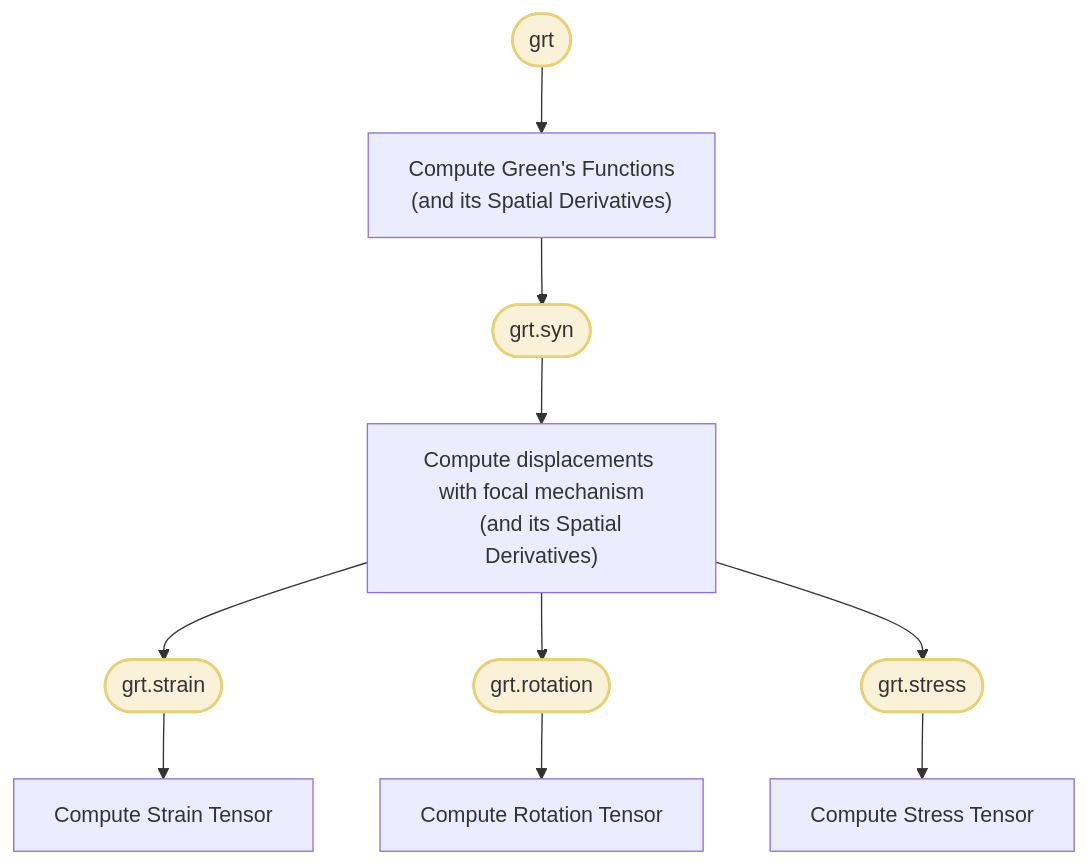
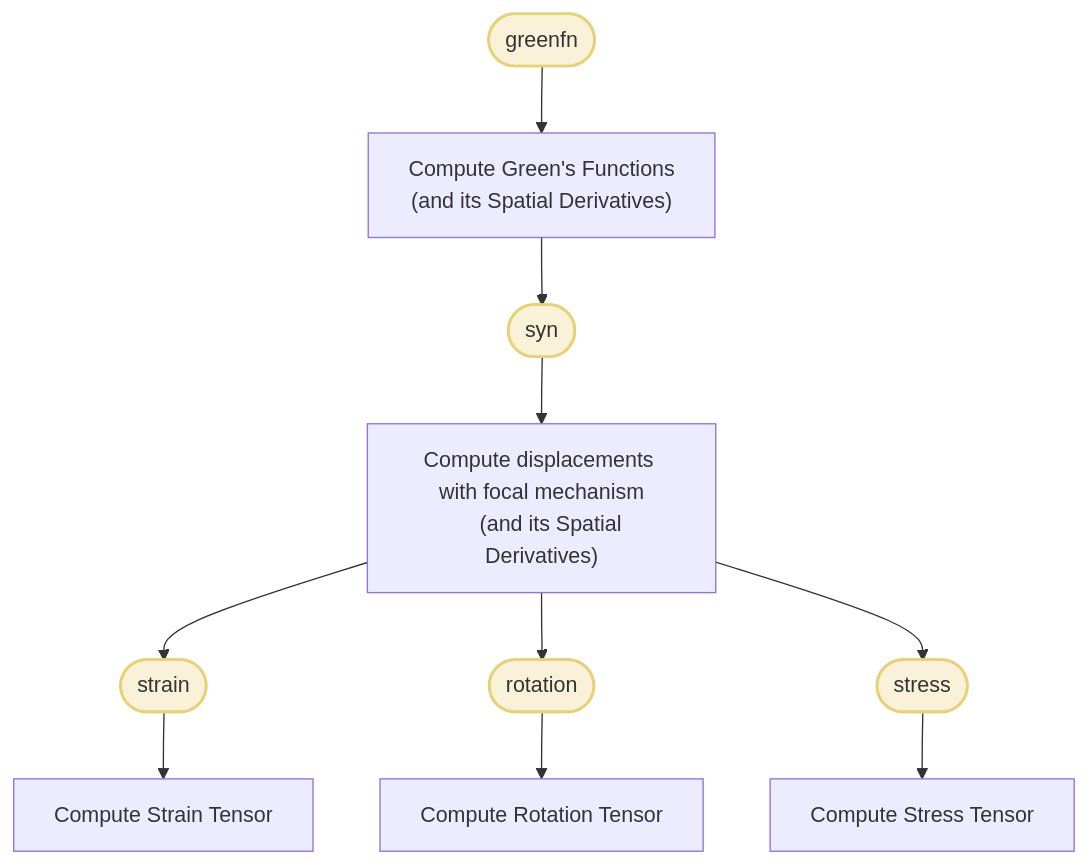
The second of 2 diagrams in docs/source/Tutorial/index.rst (Dengda98/PyGRT), drawn with Mermaid before and after one commit. The commit also changed other lines of this file and 17 other files, not shown here.

```diff
--- a/docs/source/Tutorial/index.rst
+++ b/docs/source/Tutorial/index.rst
@@ -47,27 +56,27 @@
 .. mermaid::
     :zoom:
 
     flowchart TB 
 
-        GG(["grt"])
-        SS(["grt.syn"])
-        EE(["grt.strain"])
-        RR(["grt.rotation"])
-        TT(["grt.stress"])
+        GG(["greenfn"])
+        SS(["syn"])
+        EE(["strain"])
+        RR(["rotation"])
+        TT(["stress"])
 
         G["Compute Green's Functions
         (and its Spatial Derivatives)"]
         S["Compute displacements with focal mechanism
         (and its Spatial Derivatives)"]
         E["Compute Strain Tensor"]
         R["Compute Rotation Tensor"]
         T["Compute Stress Tensor"]
 
         GG --> G
         G --> SS --> S
         S --> EE --> E
         S --> RR --> R
         S --> TT --> T
         
         classDef cmdcls fill:#f9f2d9,stroke:#e8d174,stroke-width:2px,color:#333;
         class GG,SS,EE,RR,TT cmdcls
```
